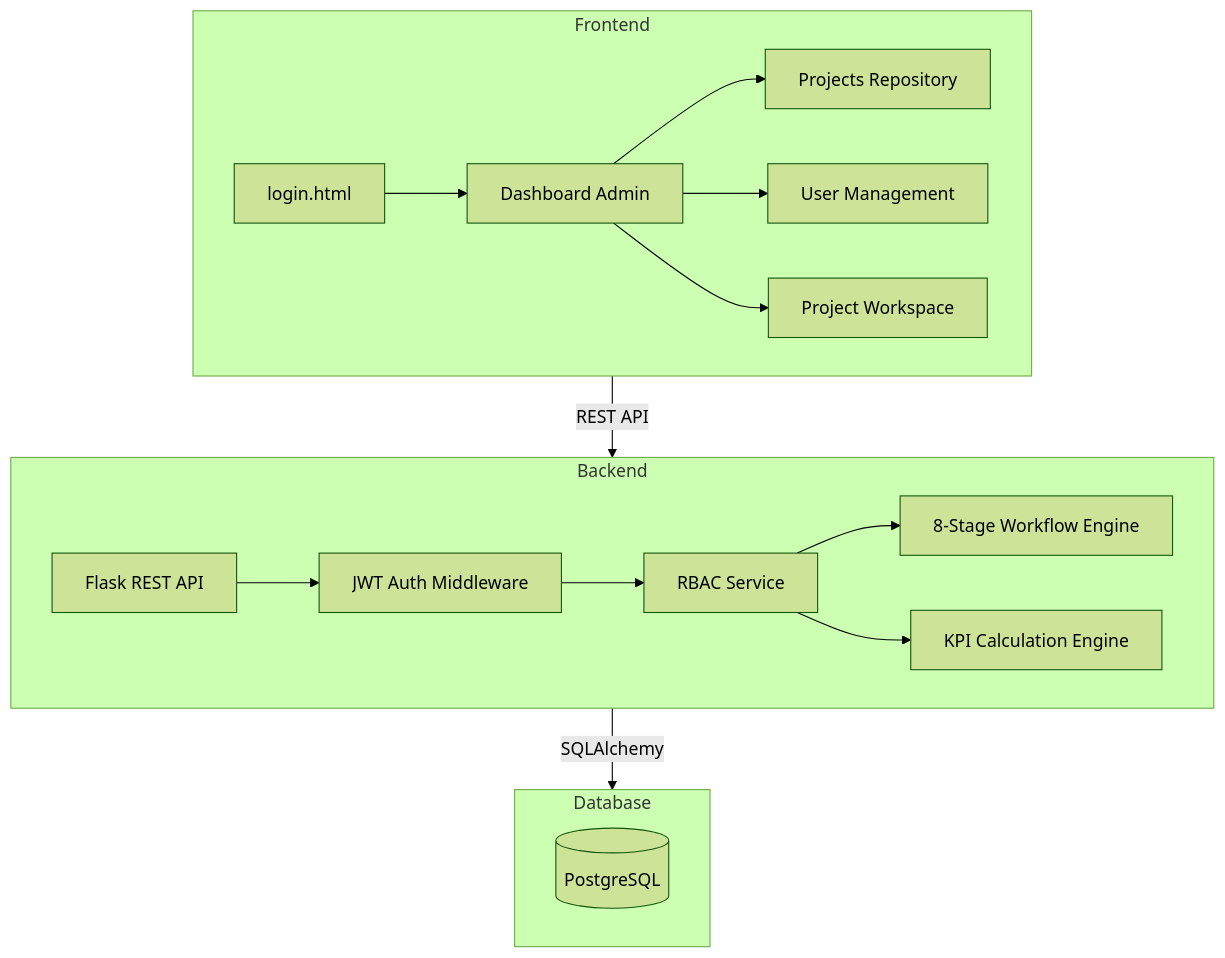
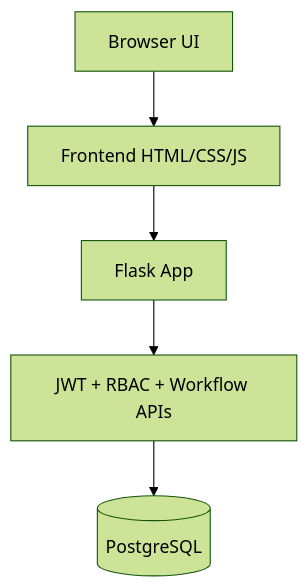
Before and after one commit to harshith1432/imfq-QCMS: the diagram in README.md, drawn with Mermaid (forest theme). The commit also changed other lines of this file, not shown here.

````diff
--- a/README.md
+++ b/README.md
@@ -9,23 +9,7 @@
 ```mermaid
 graph TD
-    subgraph Frontend
-        LB[login.html] --> DA[Dashboard Admin]
-        DA --> PR[Projects Repository]
-        DA --> US[User Management]
-        DA --> WS[Project Workspace]
-    end
-
-    subgraph Backend
-        API[Flask REST API] --> AUTH[JWT Auth Middleware]
-        AUTH --> RBAC[RBAC Service]
-        RBAC --> WF[8-Stage Workflow Engine]
-        RBAC --> KPI[KPI Calculation Engine]
-    end
-
-    subgraph Database
-        DB[(PostgreSQL)]
-    end
-
-    Frontend -- REST API --> Backend
-    Backend -- SQLAlchemy --> Database
+    U[Browser UI] --> F[Frontend HTML/CSS/JS]
+    F --> B[Flask App]
+    B --> A[JWT + RBAC + Workflow APIs]
+    A --> D[(PostgreSQL)]
 ```
````
